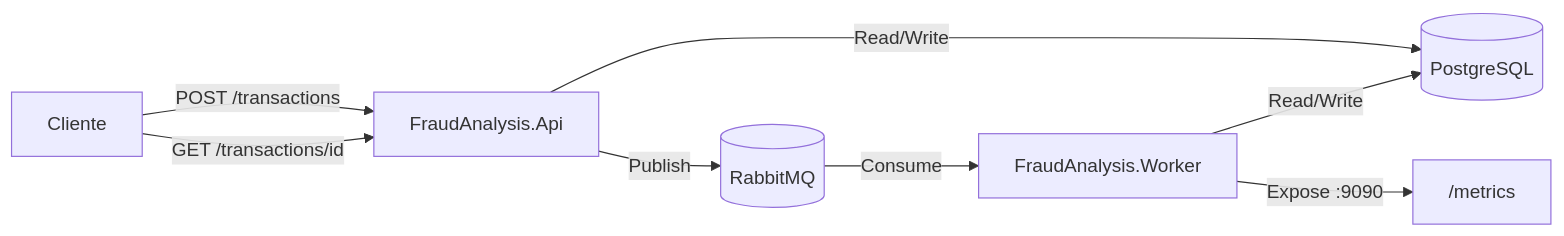
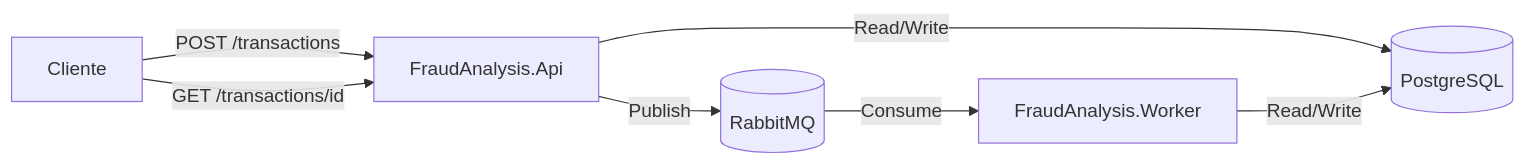
Before and after one commit to phnunes/FraudDecisionEngine: the first of 3 diagrams in README.md, drawn with Mermaid. The commit also changed other lines of this file and 43 other files, not shown here.

````diff
--- a/README.md
+++ b/README.md
@@ -42,10 +42,9 @@
 ```mermaid
 graph LR
     Client[Cliente] -->|POST /transactions| API[FraudAnalysis.Api]
     Client -->|GET /transactions/id| API
     API -->|Publish| RabbitMQ[(RabbitMQ)]
     RabbitMQ -->|Consume| Worker[FraudAnalysis.Worker]
     API -->|Read/Write| PostgreSQL[(PostgreSQL)]
     Worker -->|Read/Write| PostgreSQL
-    Worker -->|Expose :9090| Prometheus["/metrics"]
 ```
````
